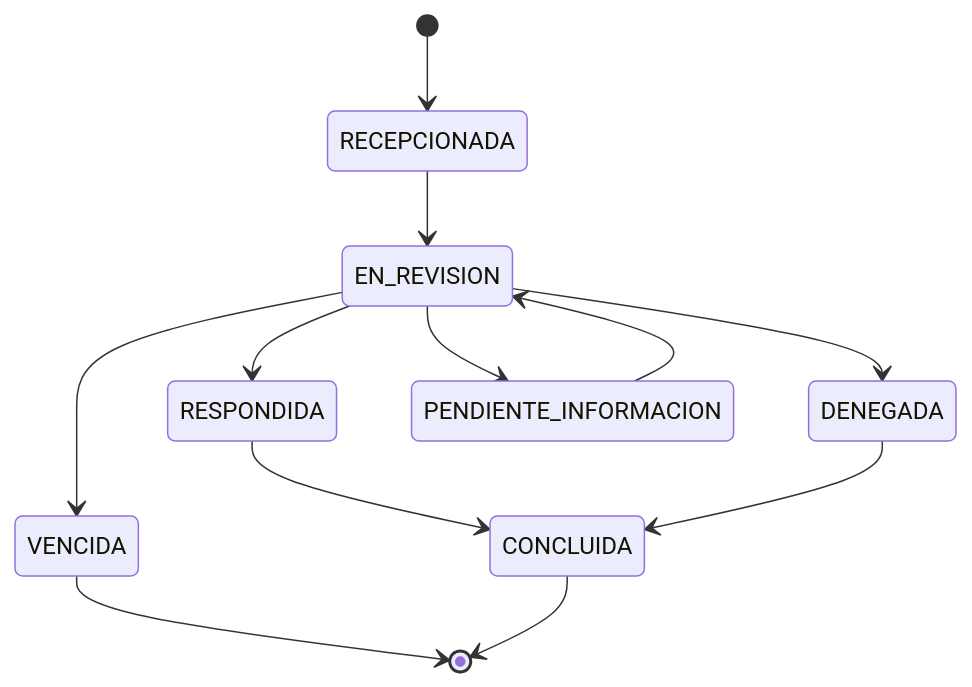
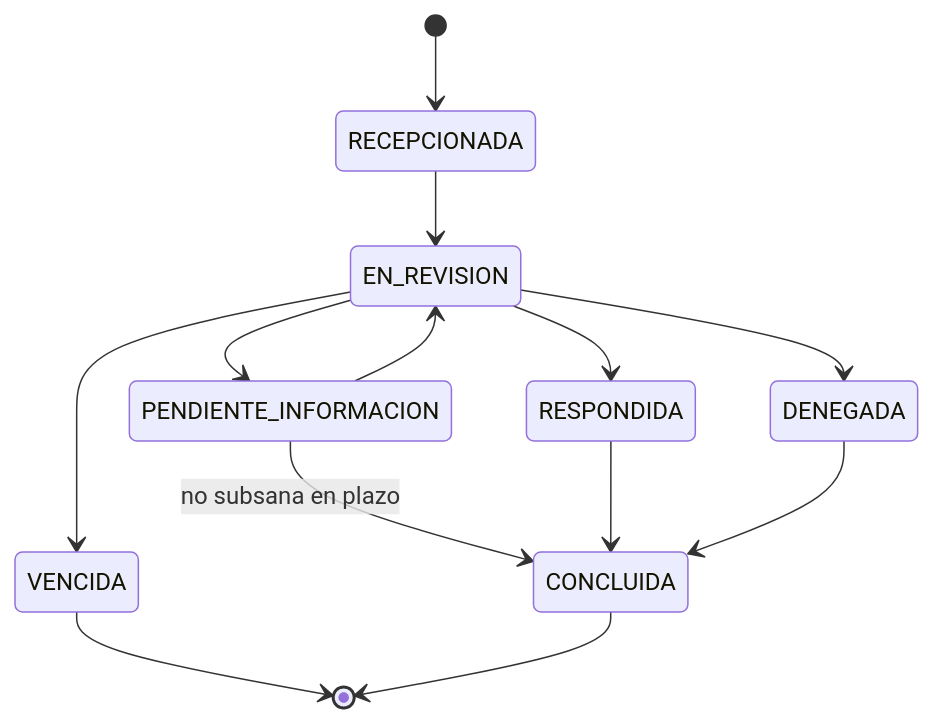
Before and after one commit to transparenciapublicadev/plataforma-saip-apelaciones: the first of 2 diagrams in docs/src/content/docs/dominio/flujo-estados.mdx, drawn with Mermaid. The commit also changed other lines of this file and 4 other files, not shown here.

````diff
--- a/docs/src/content/docs/dominio/flujo-estados.mdx
+++ b/docs/src/content/docs/dominio/flujo-estados.mdx
@@ -20,14 +20,15 @@
 ```mermaid
 stateDiagram-v2
     [*] --> RECEPCIONADA
     RECEPCIONADA --> EN_REVISION
     EN_REVISION --> RESPONDIDA
     EN_REVISION --> DENEGADA
     EN_REVISION --> PENDIENTE_INFORMACION
     PENDIENTE_INFORMACION --> EN_REVISION
+    PENDIENTE_INFORMACION --> CONCLUIDA: no subsana en plazo
     EN_REVISION --> VENCIDA
     RESPONDIDA --> CONCLUIDA
     DENEGADA --> CONCLUIDA
     VENCIDA --> [*]
     CONCLUIDA --> [*]
 ```
````
